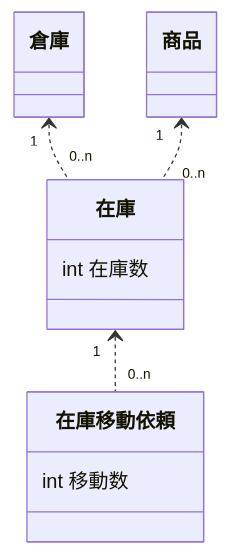
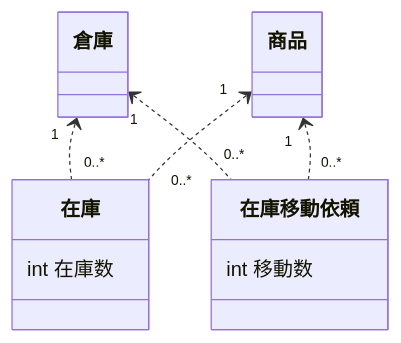
Before and after one commit to motojouya/zenn: the fourth of 9 diagrams in articles/write_uml_for_ddd.md, drawn with Mermaid. The commit also changed other lines of this file, not shown here.

````diff
--- a/articles/write_uml_for_ddd.md
+++ b/articles/write_uml_for_ddd.md
@@ -176,13 +178,14 @@
 ```mermaid
 classDiagram
   class 在庫 {
     int 在庫数
   }
-  倉庫 "1" <.. "0..n" 在庫
-  商品 "1" <.. "0..n" 在庫
+  倉庫 "1" <.. "0..*" 在庫
+  商品 "1" <.. "0..*" 在庫
 
   class 在庫移動依頼 {
     int 移動数
   }
-  在庫 "1" <.. "0..n" 在庫移動依頼
+  倉庫 "1" <.. "0..*" 在庫移動依頼
+  商品 "1" <.. "0..*" 在庫移動依頼
 ```
````
